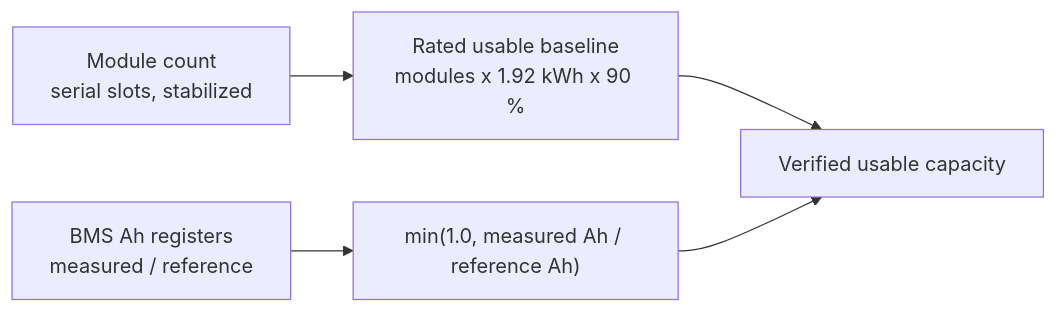
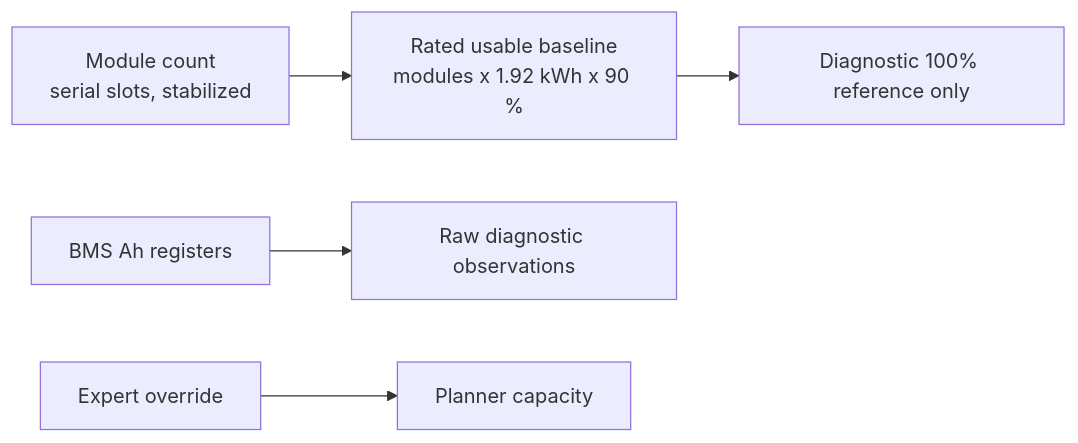
The second of 2 diagrams in docs/energy/charging-plan.md (Gill-Bates/rct-manager), drawn with Mermaid before and after one commit. The commit also changed other lines of this file and 27 other files, not shown here.

````diff
--- a/docs/energy/charging-plan.md
+++ b/docs/energy/charging-plan.md
@@ -42,7 +43,7 @@
 ```mermaid
 flowchart LR
     MOD["Module count<br/>serial slots, stabilized"] --> RATED["Rated usable baseline<br/>modules x 1.92 kWh x 90 %"]
-    AH["BMS Ah registers<br/>measured / reference"] --> RATIO["min(1.0, measured Ah / reference Ah)"]
-    RATED --> CAP["Verified usable capacity"]
-    RATIO --> CAP
+    RATED --> DIAG["Diagnostic 100% reference only"]
+    AH["BMS Ah registers"] --> DIAG2["Raw diagnostic observations"]
+    OVERRIDE["Expert override"] --> CAP["Planner capacity"]
 ```
````
